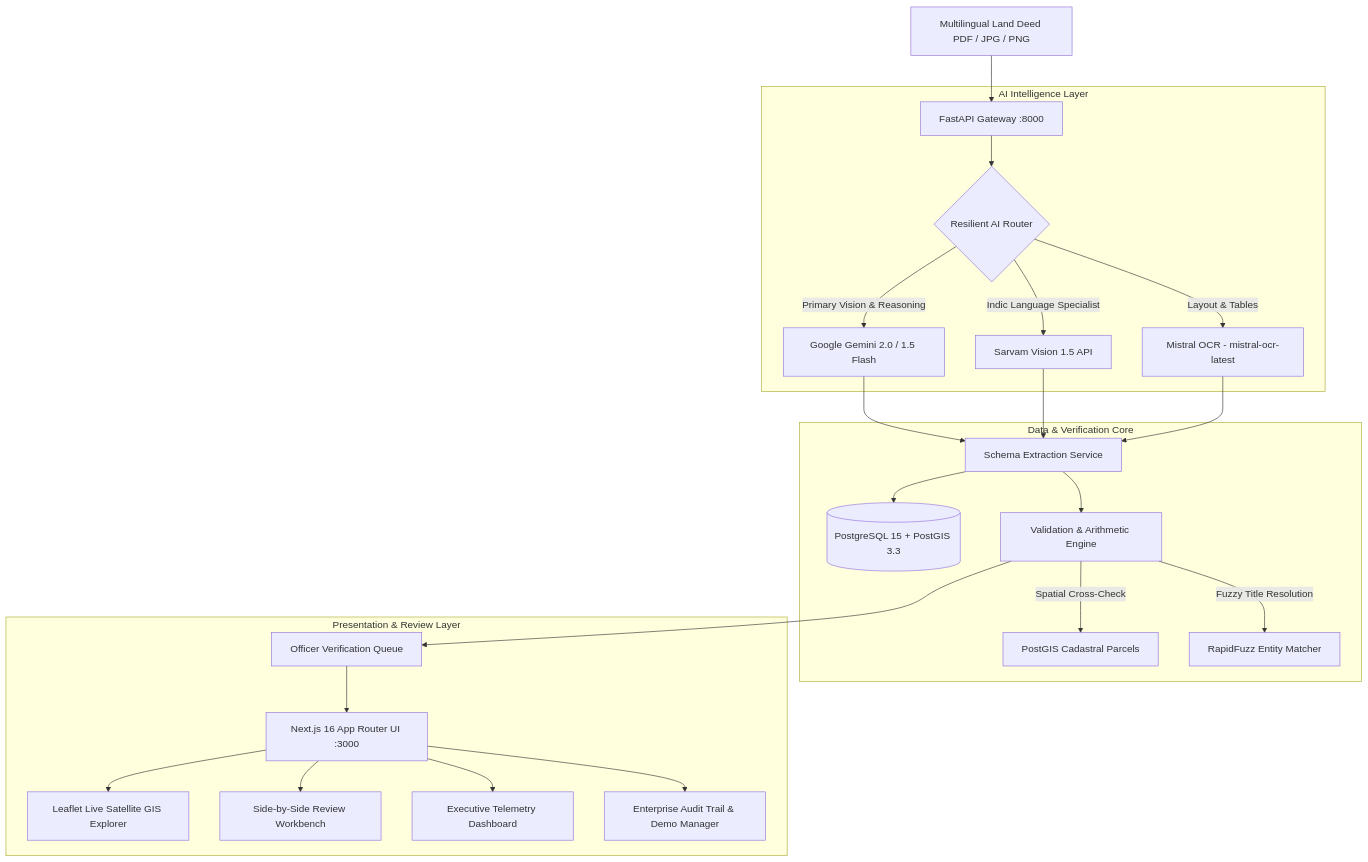
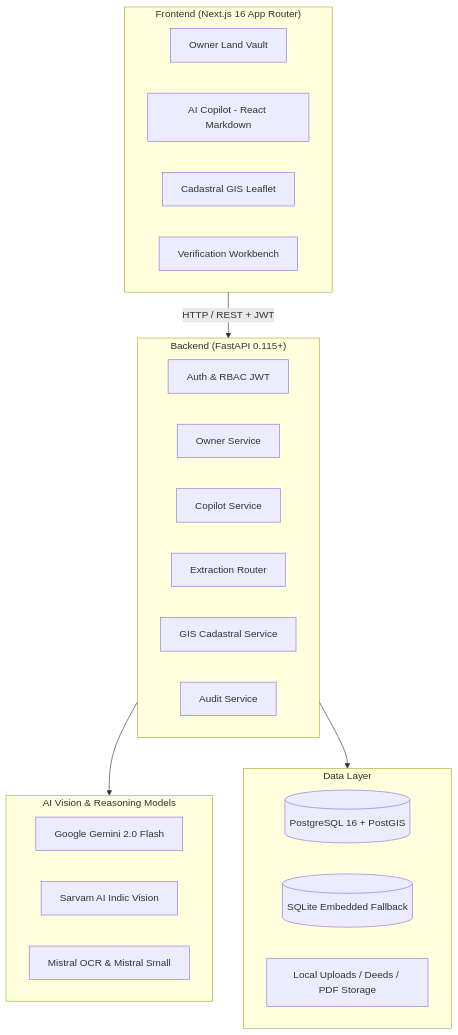
The second of 2 diagrams in README.md (Rakshi2609/indiii), drawn with Mermaid before and after one commit. The commit also changed other lines of this file, not shown here.

Commit message:
docs: update comprehensive README.md with full feature dump, owner vault, deeds catalog, copilot & GIS

````diff
--- a/README.md
+++ b/README.md
@@ -100,30 +226,34 @@
 ```mermaid
-graph TD
-    A[Multilingual Land Deed PDF / JPG / PNG] --> B[FastAPI Gateway :8000]
-    
-    subgraph AI Intelligence Layer
-        B --> C{Resilient AI Router}
-        C -->|Primary Vision & Reasoning| D[Google Gemini 2.0 / 1.5 Flash]
-        C -->|Indic Language Specialist| E[Sarvam Vision 1.5 API]
-        C -->|Layout & Tables| F[Mistral OCR - mistral-ocr-latest]
+graph TB
+    subgraph Client ["Frontend (Next.js 16 App Router)"]
+        A[Owner Land Vault]
+        B[AI Copilot - React Markdown]
+        C[Cadastral GIS Leaflet]
+        D[Verification Workbench]
     end
-    
-    subgraph Data & Verification Core
-        D --> G[Schema Extraction Service]
-        E --> G
-        F --> G
-        G --> H[(PostgreSQL 15 + PostGIS 3.3)]
-        G --> I[Validation & Arithmetic Engine]
-        I -->|Spatial Cross-Check| J[PostGIS Cadastral Parcels]
-        I -->|Fuzzy Title Resolution| K[RapidFuzz Entity Matcher]
+
+    subgraph API ["Backend (FastAPI 0.115+)"]
+        E[Auth & RBAC JWT]
+        F[Owner Service]
+        G[Copilot Service]
+        H[Extraction Router]
+        I[GIS Cadastral Service]
+        J[Audit Service]
     end
-    
-    subgraph Presentation & Review Layer
-        I --> L[Officer Verification Queue]
-        L --> M[Next.js 16 App Router UI :3000]
-        M --> N[Leaflet Live Satellite GIS Explorer]
-        M --> O[Side-by-Side Review Workbench]
-        M --> P[Executive Telemetry Dashboard]
-        M --> Q[Enterprise Audit Trail & Demo Manager]
+
+    subgraph AI ["AI Vision & Reasoning Models"]
+        K[Google Gemini 2.0 Flash]
+        L[Sarvam AI Indic Vision]
+        M[Mistral OCR & Mistral Small]
     end
+
+    subgraph Storage ["Data Layer"]
+        N[(PostgreSQL 16 + PostGIS)]
+        O[(SQLite Embedded Fallback)]
+        P[Local Uploads / Deeds / PDF Storage]
+    end
+
+    Client -->|HTTP / REST + JWT| API
+    API --> AI
+    API --> Storage
 ```
````
